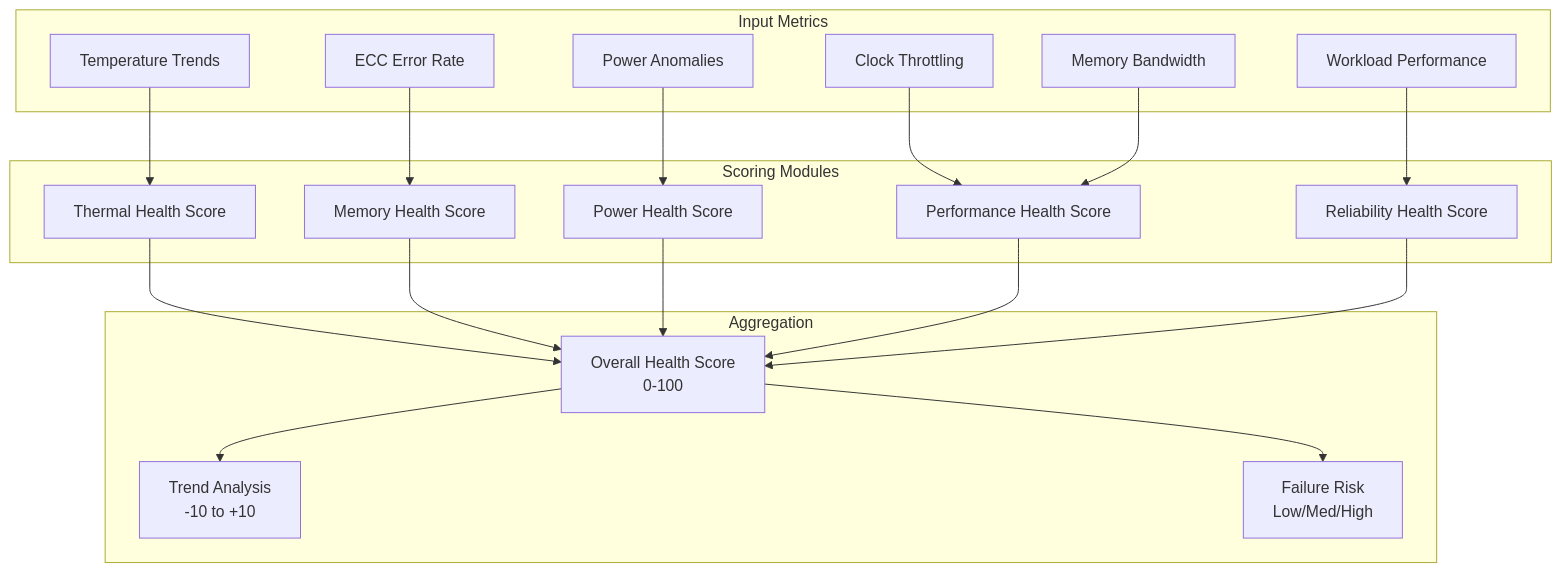
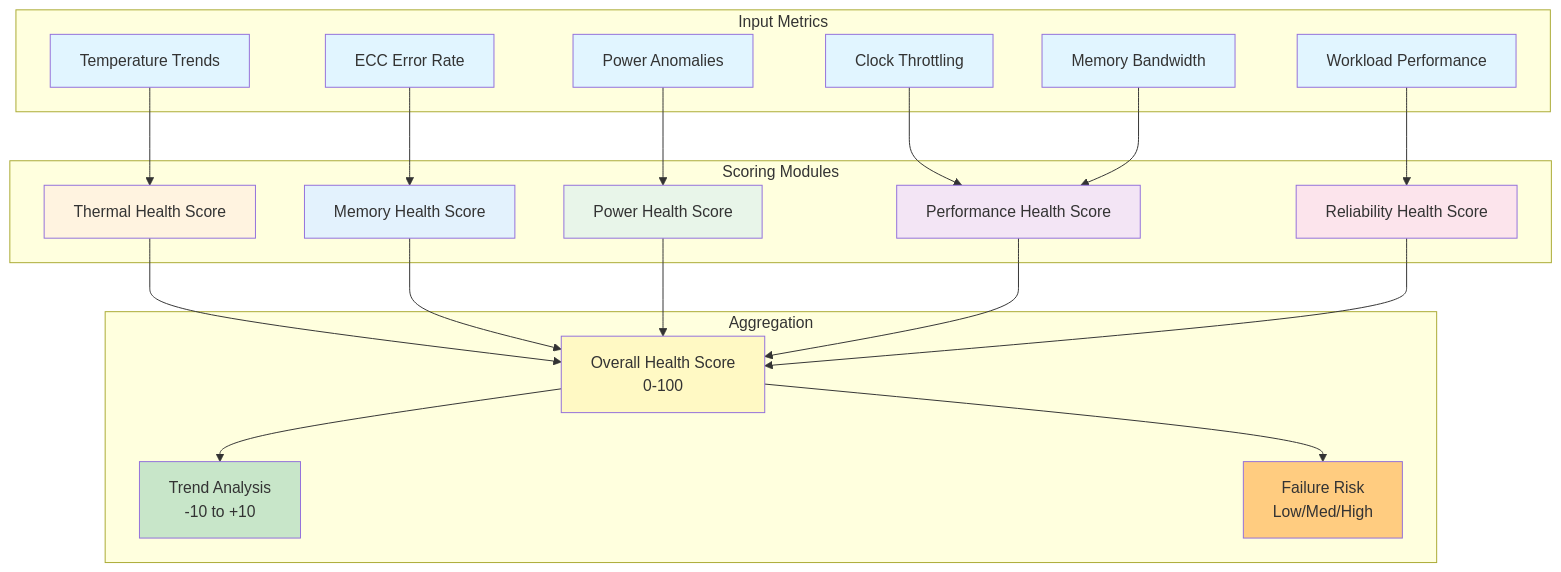
Before and after one commit to SolidRegardless/gpu-health-monitor: the fourth of 12 diagrams in gpu-health-system-architecture.md, drawn with Mermaid. The commit also changed other lines of this file, not shown here.

Commit message:
Add color-coded Mermaid diagrams to system architecture document

````diff
--- a/gpu-health-system-architecture.md
+++ b/gpu-health-system-architecture.md
@@ -260,41 +304,56 @@
 ```mermaid
 graph TB
     subgraph "Input Metrics"
         M1[Temperature Trends]
         M2[ECC Error Rate]
         M3[Power Anomalies]
         M4[Clock Throttling]
         M5[Memory Bandwidth]
         M6[Workload Performance]
     end
     
     subgraph "Scoring Modules"
         S1[Thermal Health Score]
         S2[Memory Health Score]
         S3[Power Health Score]
         S4[Performance Health Score]
         S5[Reliability Health Score]
     end
     
     subgraph "Aggregation"
         Overall[Overall Health Score<br/>0-100]
         Trend[Trend Analysis<br/>-10 to +10]
         Risk[Failure Risk<br/>Low/Med/High]
     end
     
     M1 --> S1
     M2 --> S2
     M3 --> S3
     M4 --> S4
     M5 --> S4
     M6 --> S5
     
     S1 --> Overall
     S2 --> Overall
     S3 --> Overall
     S4 --> Overall
     S5 --> Overall
     
     Overall --> Trend
     Overall --> Risk
+    
+    style M1 fill:#e1f5ff
+    style M2 fill:#e1f5ff
+    style M3 fill:#e1f5ff
+    style M4 fill:#e1f5ff
+    style M5 fill:#e1f5ff
+    style M6 fill:#e1f5ff
+    style S1 fill:#fff3e0
+    style S2 fill:#e3f2fd
+    style S3 fill:#e8f5e9
+    style S4 fill:#f3e5f5
+    style S5 fill:#fce4ec
+    style Overall fill:#fff9c4
+    style Trend fill:#c8e6c9
+    style Risk fill:#ffcc80
 ```
````
